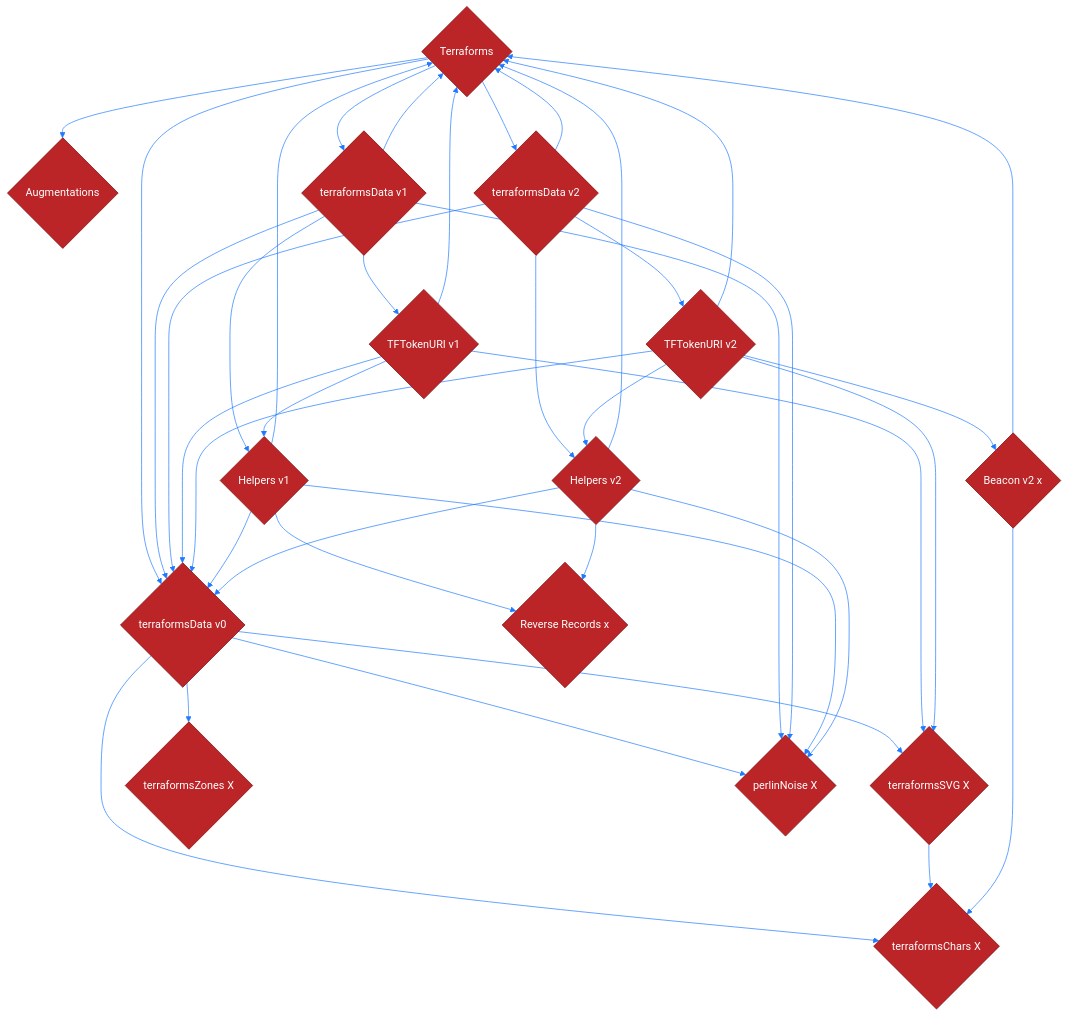
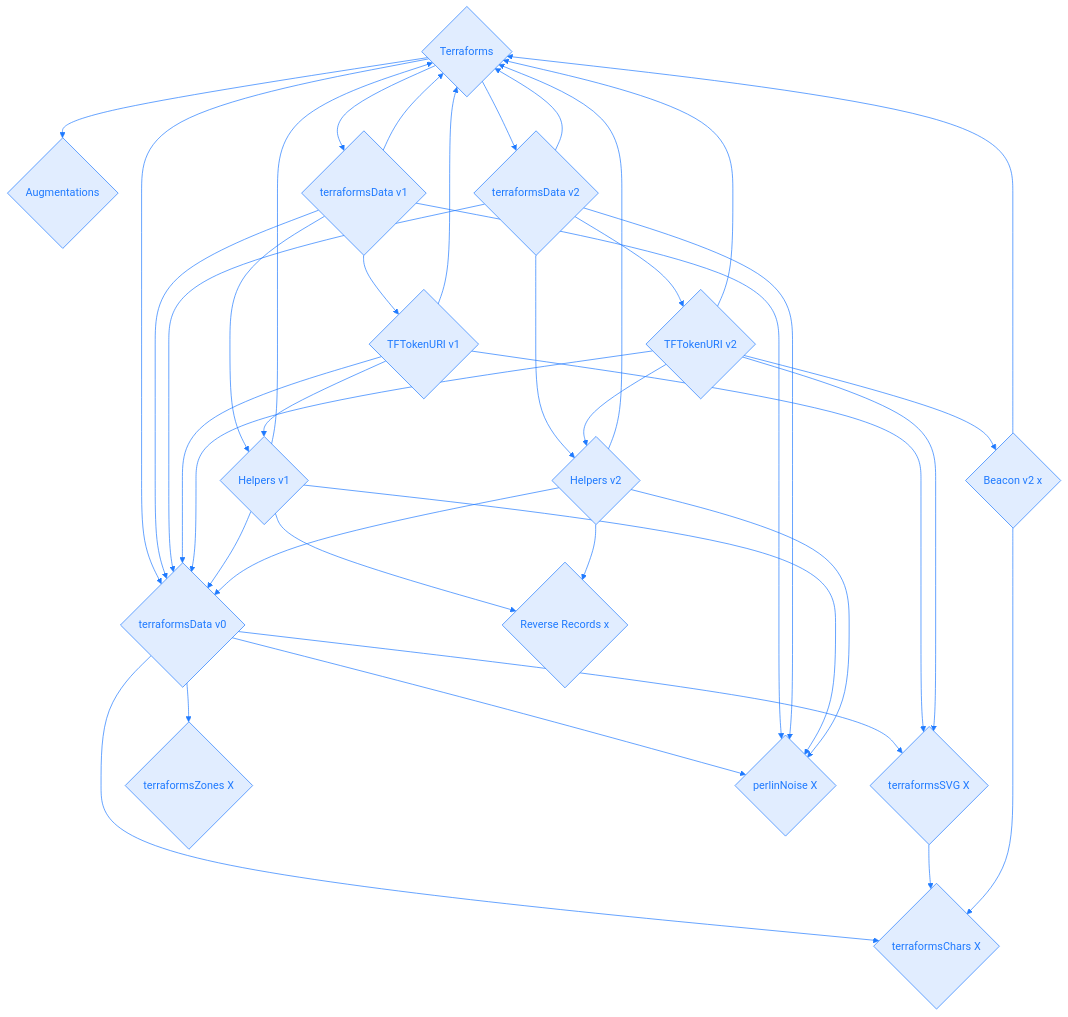
One commit to thebadcc/terraform-docs changed the first of 2 diagrams in contracts/Terraforms.md. Above: the diagram before and after it, drawn with Mermaid.

````diff
--- a/contracts/Terraforms.md
+++ b/contracts/Terraforms.md
@@ -20,54 +20,54 @@
 ```mermaid
 %%{
   init: {
     'theme': 'base',
     'themeVariables': {
-      'primaryColor': '#BB2528',
-      'primaryTextColor': '#fff',
-      'primaryBorderColor': '#7C0000',
+      'primaryColor': '#e1edff',
+      'primaryTextColor': '#1f7aff',
+      'primaryBorderColor': '#1f7aff',
       'lineColor': '#1f7aff',
       'secondaryColor': '#006100',
       'tertiaryColor': '#fff'
     }
   }
 }%%
 graph TD
     A{Terraforms} --> B{Augmentations}
     A --> C{terraformsData v0}
     A --> D{terraformsData v1}
     A --> E{terraformsData v2}
     C --> F{terraformsSVG X}
     C --> G{terraformsChars X}
     C --> H{terraformsZones X}
     C --> I{perlinNoise X}
     D --> J{TFTokenURI v1}
     D --> K{Helpers v1}
     E --> L{TFTokenURI v2}
     E --> M{Helpers v2}
     F --> G
     L --> N{Beacon v2 x}
     D --> A
     D --> I
     D --> C
     E --> A
     E --> I
     E --> C
     J --> C
     J --> A
     J --> K
     J --> F
     L --> C
     L --> A
     L --> M
     L --> F
     K --> A
     K --> C
     K --> I
     K --> O{Reverse Records x}
     M --> A
     M --> C
     M --> I
     M --> O
     N --> G
     N --> A
 ```
````
